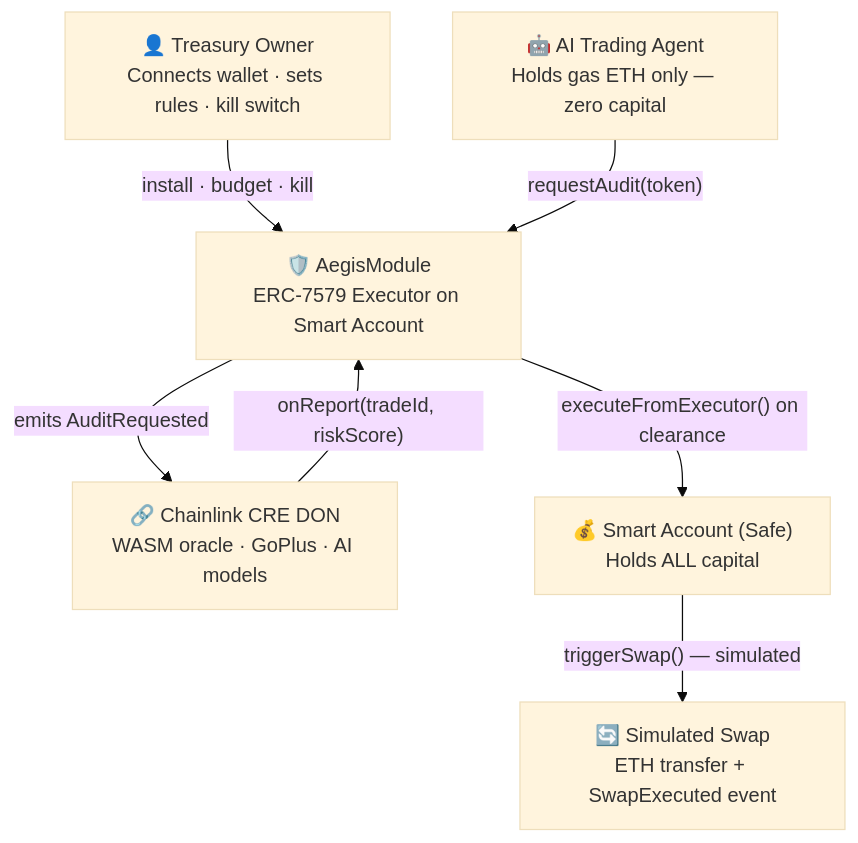
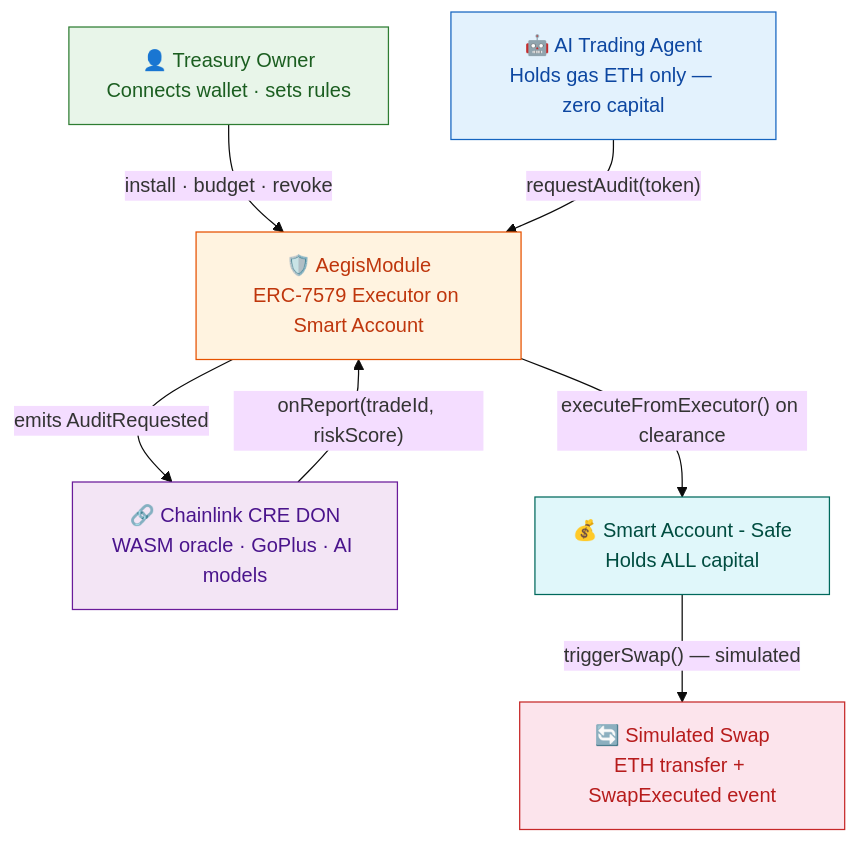
One commit to vjb/aegis-v4 changed the first of 12 diagrams in docs/ARCHITECTURE.md. Above: the diagram before and after it, drawn with Mermaid (base theme). The commit also changed other lines of this file and 5 other files, not shown here.

Commit message:
docs: full review pass — colored mermaid diagrams, fix test counts, add sample output links

````diff
--- a/docs/ARCHITECTURE.md
+++ b/docs/ARCHITECTURE.md
@@ -9,16 +9,23 @@
 ```mermaid
 graph TD
-    Owner["👤 Treasury Owner\nConnects wallet · sets rules · kill switch"]
+    Owner["👤 Treasury Owner\nConnects wallet · sets rules"]
     Agent["🤖 AI Trading Agent\nHolds gas ETH only — zero capital"]
     Aegis["🛡️ AegisModule\nERC-7579 Executor on Smart Account"]
     CRE["🔗 Chainlink CRE DON\nWASM oracle · GoPlus · AI models"]
-    SA["💰 Smart Account (Safe)\nHolds ALL capital"]
+    SA["💰 Smart Account - Safe\nHolds ALL capital"]
     Swap["🔄 Simulated Swap\nETH transfer + SwapExecuted event"]
 
-    Owner -->|"install · budget · kill"| Aegis
+    Owner -->|"install · budget · revoke"| Aegis
     Agent -->|"requestAudit(token)"| Aegis
     Aegis -->|"emits AuditRequested"| CRE
     CRE -->|"onReport(tradeId, riskScore)"| Aegis
     Aegis -->|"executeFromExecutor() on clearance"| SA
     SA -->|"triggerSwap() — simulated"| Swap
+
+    style Owner fill:#e8f5e9,stroke:#2e7d32,color:#1b5e20
+    style Agent fill:#e3f2fd,stroke:#1565c0,color:#0d47a1
+    style Aegis fill:#fff3e0,stroke:#e65100,color:#bf360c
+    style CRE fill:#f3e5f5,stroke:#6a1b9a,color:#4a148c
+    style SA fill:#e0f7fa,stroke:#00695c,color:#004d40
+    style Swap fill:#fce4ec,stroke:#c62828,color:#b71c1c
 ```
````
